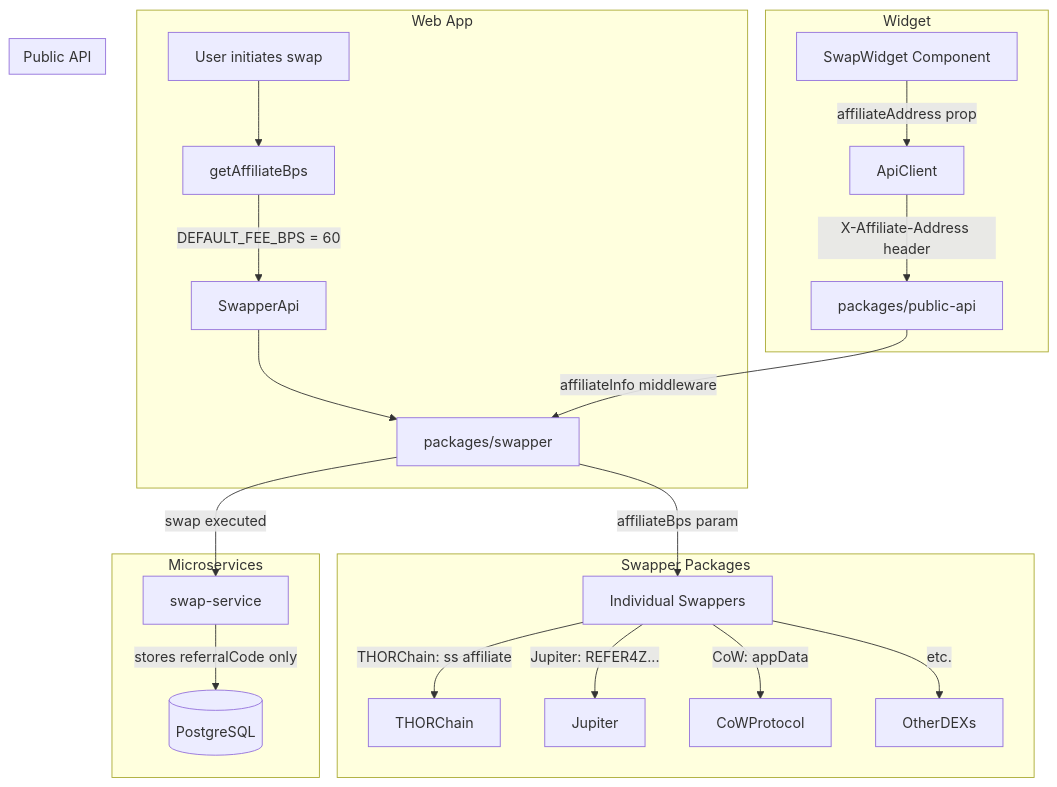
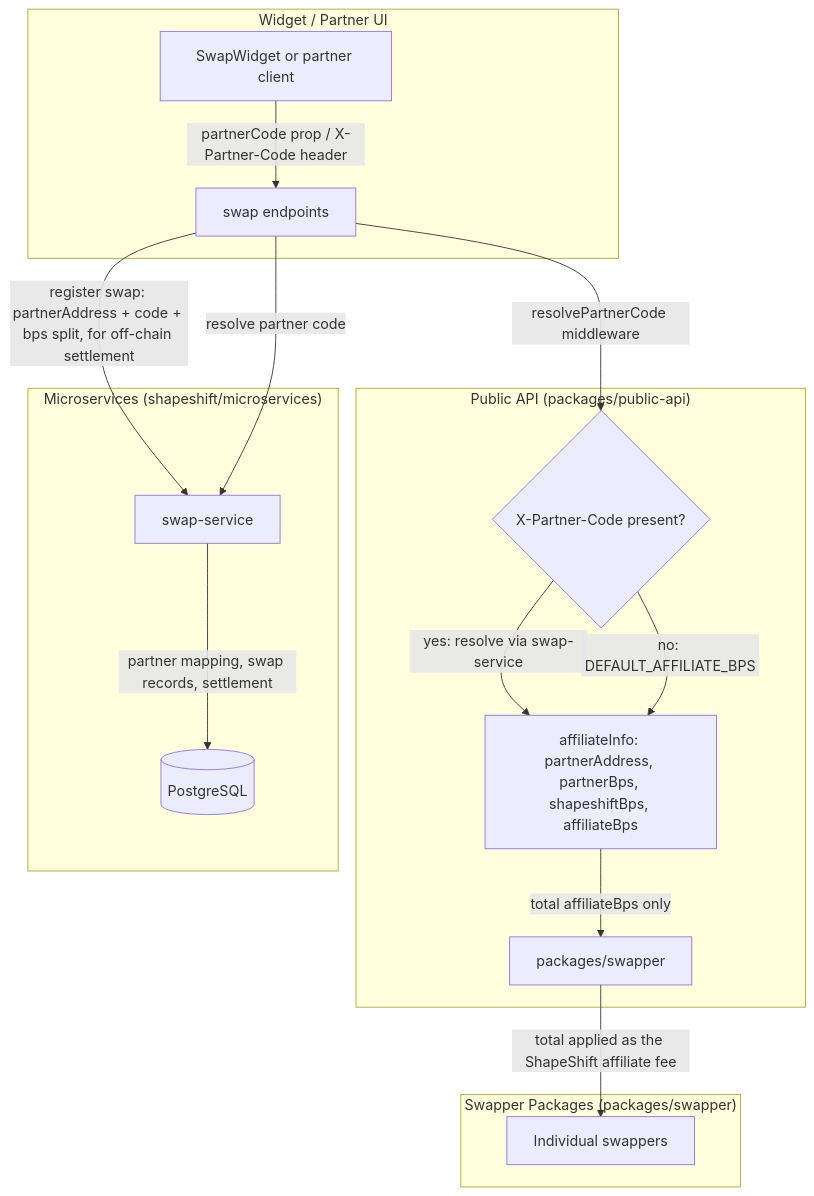
One commit to shapeshift/web changed the diagram in docs/architecture/affiliate-system.md. Above: the diagram before and after it, drawn with Mermaid. The commit also changed other lines of this file and 6 other files, not shown here.

First line of the commit message:
docs(partner): audit and update swap-widget & public-api integration docs

````diff
--- a/docs/architecture/affiliate-system.md
+++ b/docs/architecture/affiliate-system.md
@@ -11,36 +17,27 @@
 ```mermaid
 flowchart TB
-    subgraph "Web App"
-        WA[User initiates swap]
-        WA --> GBps[getAffiliateBps]
-        GBps --> |"DEFAULT_FEE_BPS = 60"|SwapperApi
-        SwapperApi --> SwapperPkg[packages/swapper]
+    subgraph "Widget / Partner UI"
+        WG[SwapWidget or partner client]
+        WG --> |partnerCode prop / X-Partner-Code header|PublicApi
     end
 
-    subgraph "Widget"
-        WG[SwapWidget Component]
-        WG --> |affiliateAddress prop|ApiClient
-        ApiClient --> |X-Affiliate-Address header|PublicApi
+    subgraph "Public API (packages/public-api)"
+        PublicApi[swap endpoints]
+        PublicApi --> |resolvePartnerCode middleware|Resolve{X-Partner-Code present?}
+        Resolve --> |yes: resolve via swap-service|AffiliateInfo[affiliateInfo: partnerAddress, partnerBps, shapeshiftBps, affiliateBps]
+        Resolve --> |no: DEFAULT_AFFILIATE_BPS|AffiliateInfo
+        AffiliateInfo --> |total affiliateBps only|SwapperPkg[packages/swapper]
     end
 
-    subgraph "Public API"
-        PublicApi[packages/public-api]
-        PublicApi --> |affiliateInfo middleware|SwapperPkg
+    subgraph "Swapper Packages (packages/swapper)"
+        SwapperPkg --> |total applied as the ShapeShift affiliate fee|Swappers[Individual swappers]
     end
 
-    subgraph "Swapper Packages"
-        SwapperPkg --> |affiliateBps param|Swappers
-        Swappers[Individual Swappers]
-        Swappers --> |THORChain: ss affiliate|THORChain
-        Swappers --> |Jupiter: REFER4Z...|Jupiter
-        Swappers --> |CoW: appData|CoWProtocol
-        Swappers --> |etc.|OtherDEXs
+    subgraph "Microservices (shapeshift/microservices)"
+        MS[swap-service]
+        MS --> |partner mapping, swap records, settlement|DB[(PostgreSQL)]
     end
 
-    subgraph "Microservices"
-        MS[swap-service]
-        MS --> |stores referralCode only|DB[(PostgreSQL)]
-    end
-
-    SwapperPkg --> |swap executed|MS
+    PublicApi --> |register swap: partnerAddress + code + bps split, for off-chain settlement|MS
+    PublicApi --> |resolve partner code|MS
 ```
````
